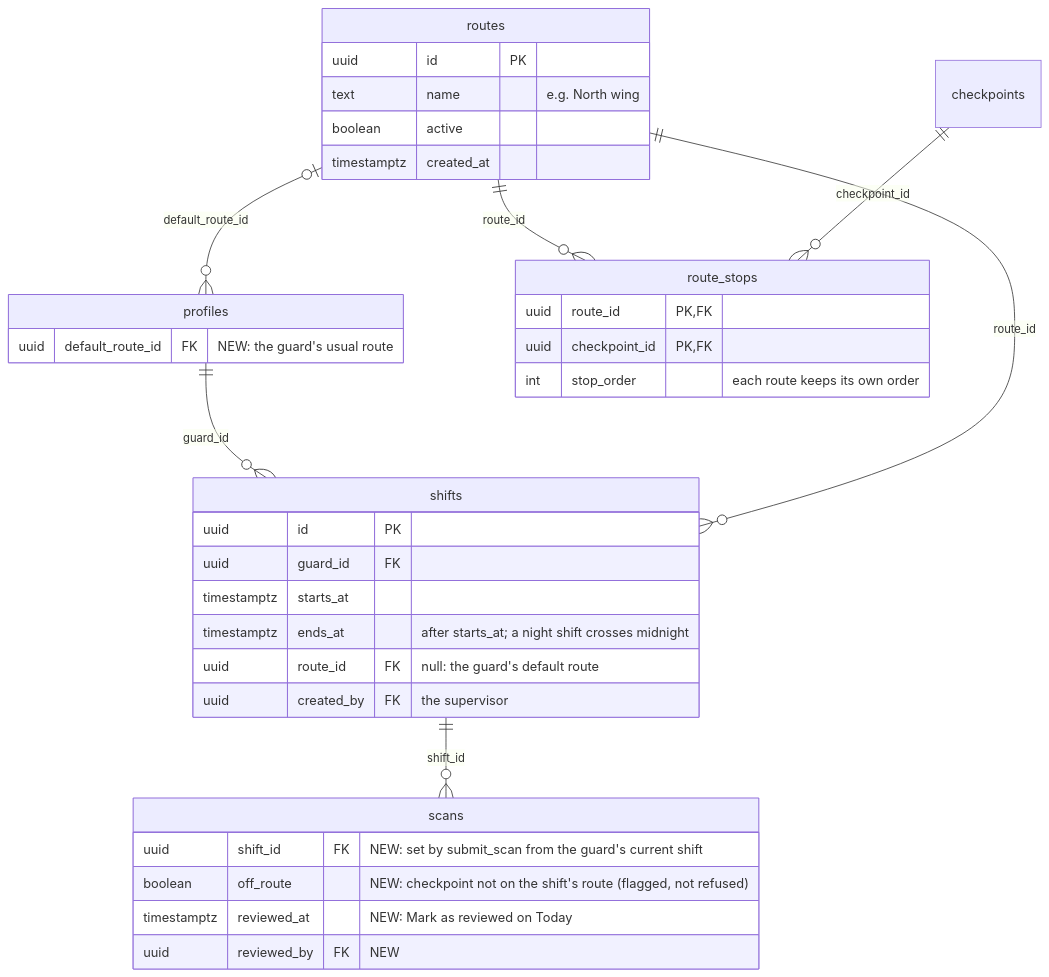
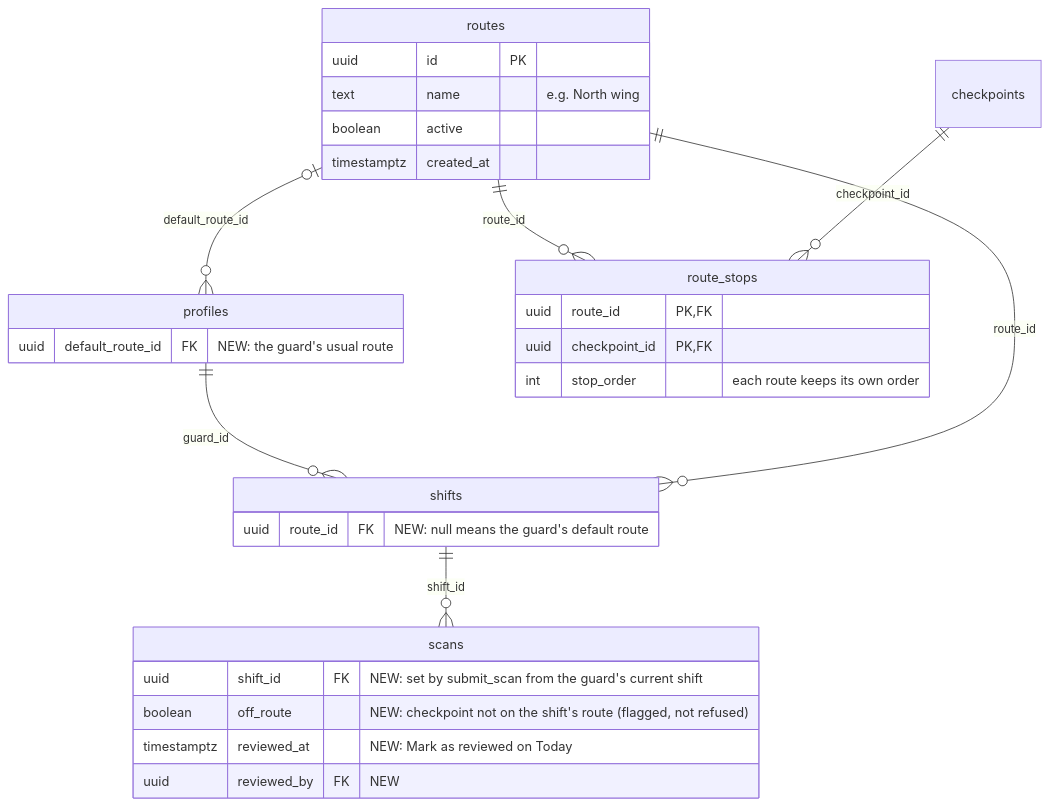
Before and after one commit to PT-KelapaAsiaAbadi/patrol-logger: the fourth of 4 diagrams in ARCHITECTURE.md, drawn with Mermaid. The commit also changed other lines of this file and 2 other files, not shown here.

First line of the commit message:
Docs: manual scheduling in the status, TODOs and architecture

````diff
--- a/ARCHITECTURE.md
+++ b/ARCHITECTURE.md
@@ -212,38 +222,33 @@
 ```mermaid
 erDiagram
   profiles ||--o{ shifts : "guard_id"
   routes ||--o{ route_stops : "route_id"
   checkpoints ||--o{ route_stops : "checkpoint_id"
   routes ||--o{ shifts : "route_id"
   routes |o--o{ profiles : "default_route_id"
   shifts ||--o{ scans : "shift_id"
 
   routes {
     uuid id PK
     text name "e.g. North wing"
     boolean active
     timestamptz created_at
   }
   route_stops {
     uuid route_id PK, FK
     uuid checkpoint_id PK, FK
     int stop_order "each route keeps its own order"
   }
   shifts {
-    uuid id PK
-    uuid guard_id FK
-    timestamptz starts_at
-    timestamptz ends_at "after starts_at; a night shift crosses midnight"
-    uuid route_id FK "null: the guard's default route"
-    uuid created_by FK "the supervisor"
+    uuid route_id FK "NEW: null means the guard's default route"
   }
   profiles {
     uuid default_route_id FK "NEW: the guard's usual route"
   }
   scans {
     uuid shift_id FK "NEW: set by submit_scan from the guard's current shift"
     boolean off_route "NEW: checkpoint not on the shift's route (flagged, not refused)"
     timestamptz reviewed_at "NEW: Mark as reviewed on Today"
     uuid reviewed_by FK "NEW"
   }
 ```
````
